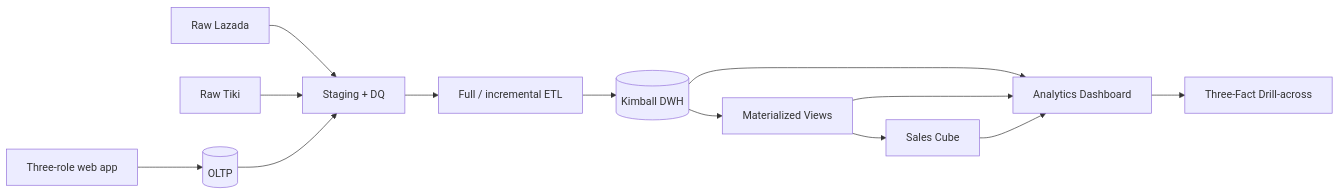
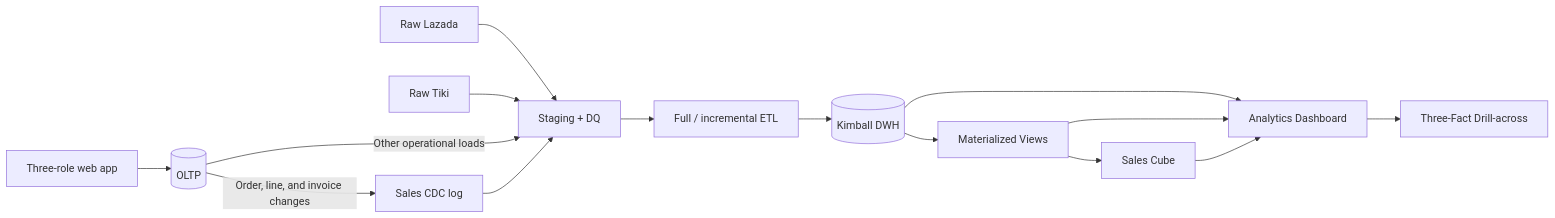
The diagram in docs/ARCHITECTURE.md (mhoang2005/quocdat_eccomerce), drawn with Mermaid before and after one commit. The commit also changed other lines of this file and 44 other files, not shown here.

````diff
--- a/docs/ARCHITECTURE.md
+++ b/docs/ARCHITECTURE.md
@@ -5,15 +5,17 @@
 ```mermaid
 flowchart LR
     A[Raw Lazada] --> S[Staging + DQ]
     B[Raw Tiki] --> S
     W[Three-role web app] --> O[(OLTP)]
-    O --> S
+    O -->|Other operational loads| S
+    O -->|Order, line, and invoice changes| J[Sales CDC log]
+    J --> S
     S --> E[Full / incremental ETL]
     E --> D[(Kimball DWH)]
     D --> M[Materialized Views]
     M --> C[Sales Cube]
     D --> N[Analytics Dashboard]
     M --> N
     C --> N
     N --> X[Three-Fact Drill-across]
 ```
````
